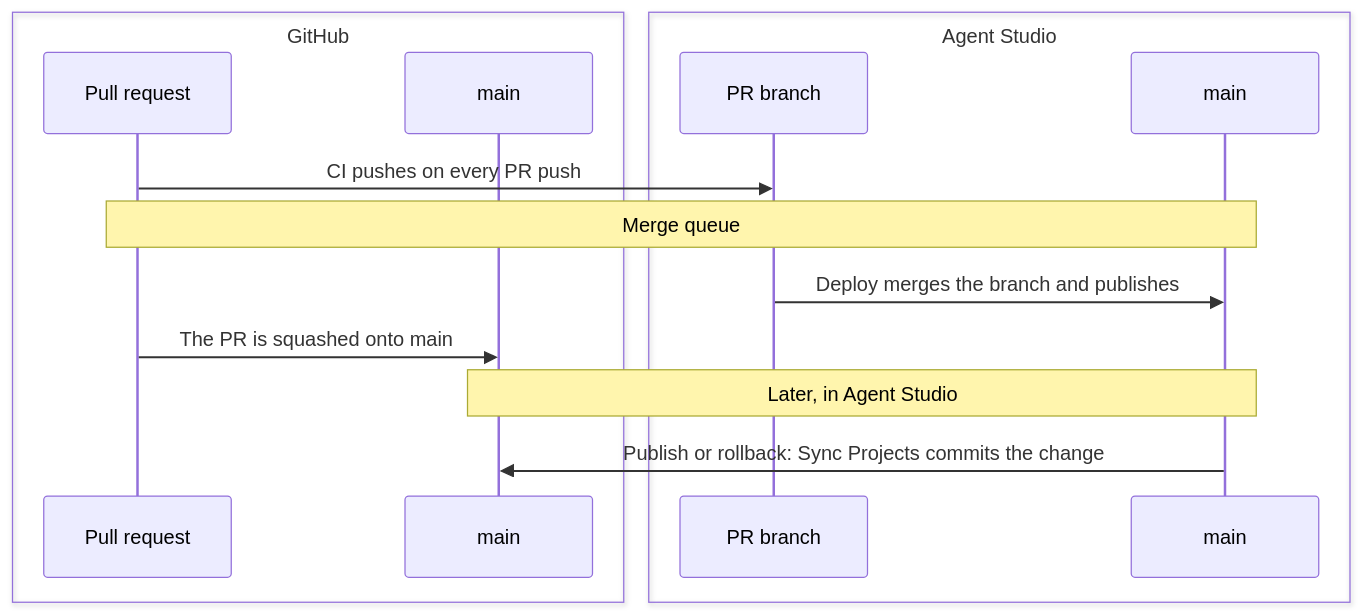
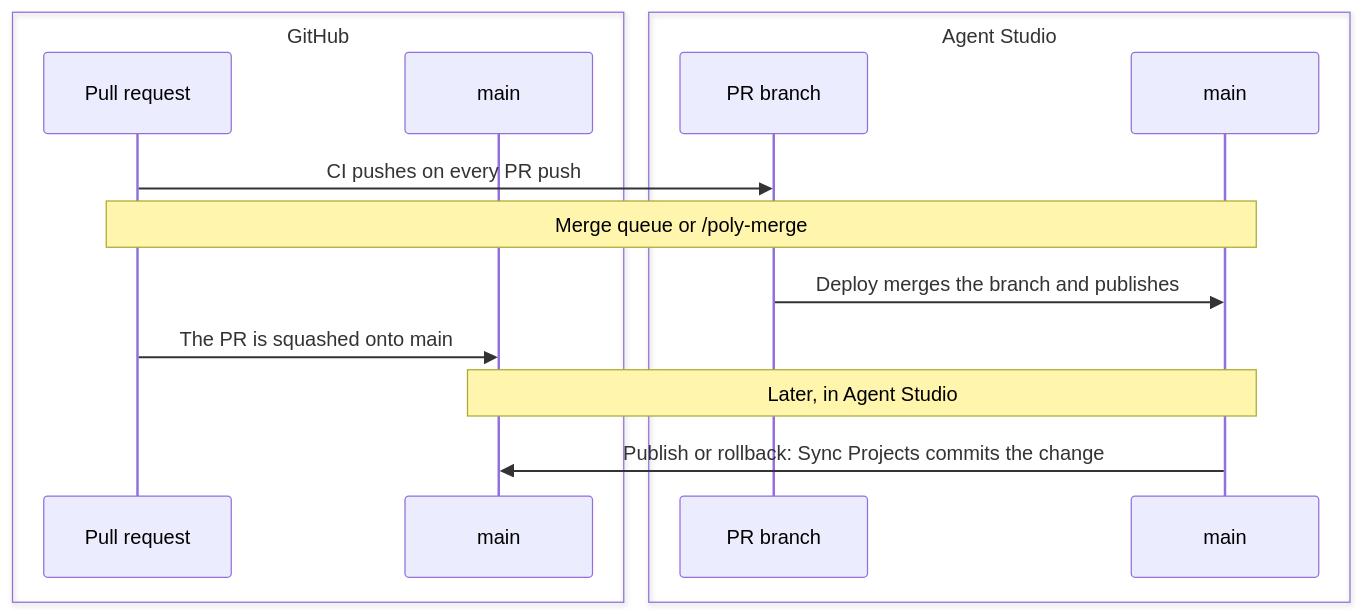
One commit to polyai/adk-repo-template changed the diagram in README.md. Above: the diagram before and after it, drawn with Mermaid. The commit also changed other lines of this file and 16 other files, not shown here.

First line of the commit message:
feat: add /poly-merge to deploy and merge a pr from a comment (#23)

````diff
--- a/README.md
+++ b/README.md
@@ -32,17 +32,17 @@
 ```mermaid
 sequenceDiagram
     box GitHub
         participant PR as Pull request
         participant Main as main
     end
     box Agent Studio
         participant Branch as PR branch
         participant ASMain as main
     end
     PR->>Branch: CI pushes on every PR push
-    Note over PR,ASMain: Merge queue
+    Note over PR,ASMain: Merge queue or /poly-merge
     Branch->>ASMain: Deploy merges the branch and publishes
     PR->>Main: The PR is squashed onto main
     Note over Main,ASMain: Later, in Agent Studio
     ASMain->>Main: Publish or rollback: Sync Projects commits the change
 ```
````
